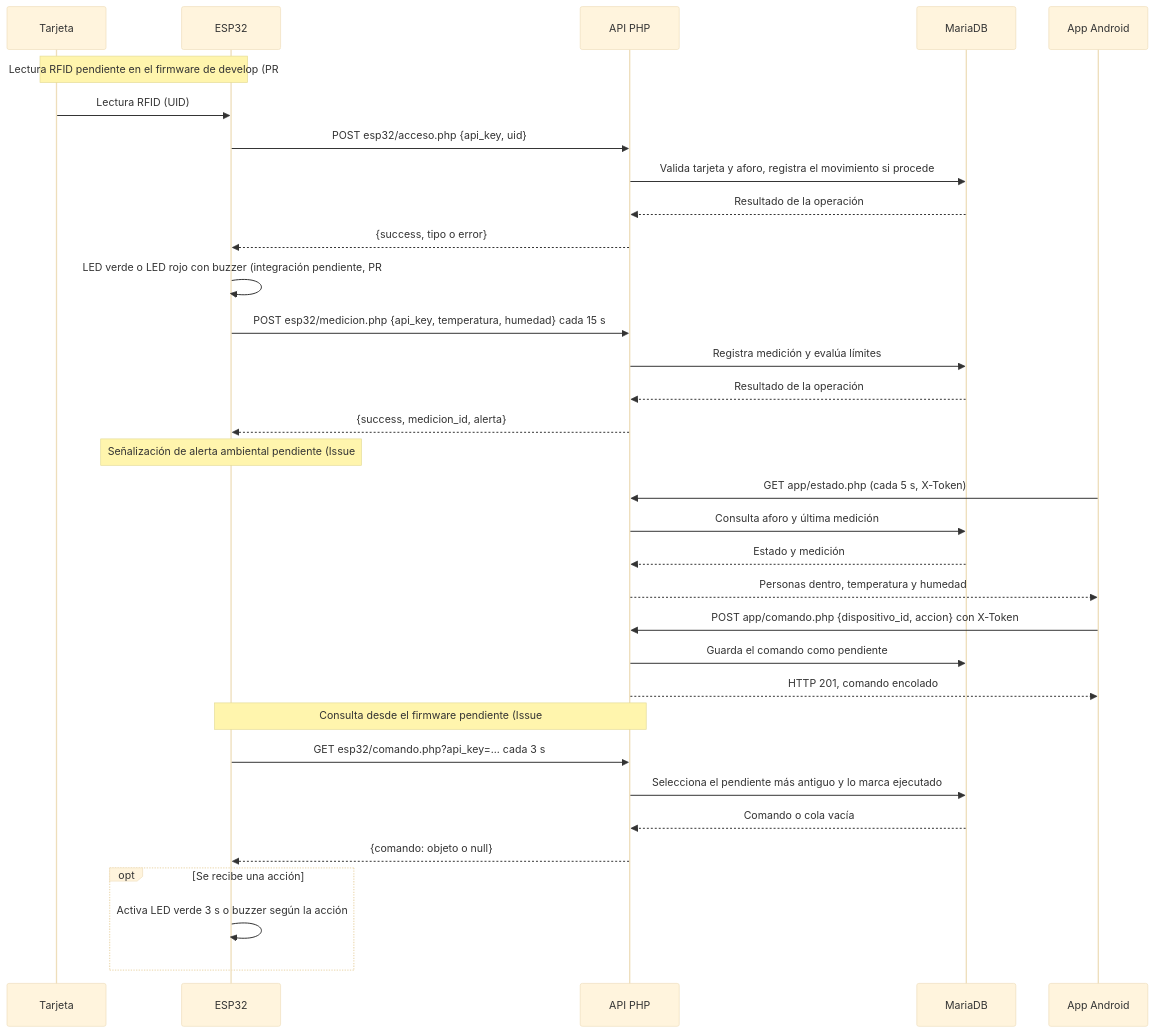
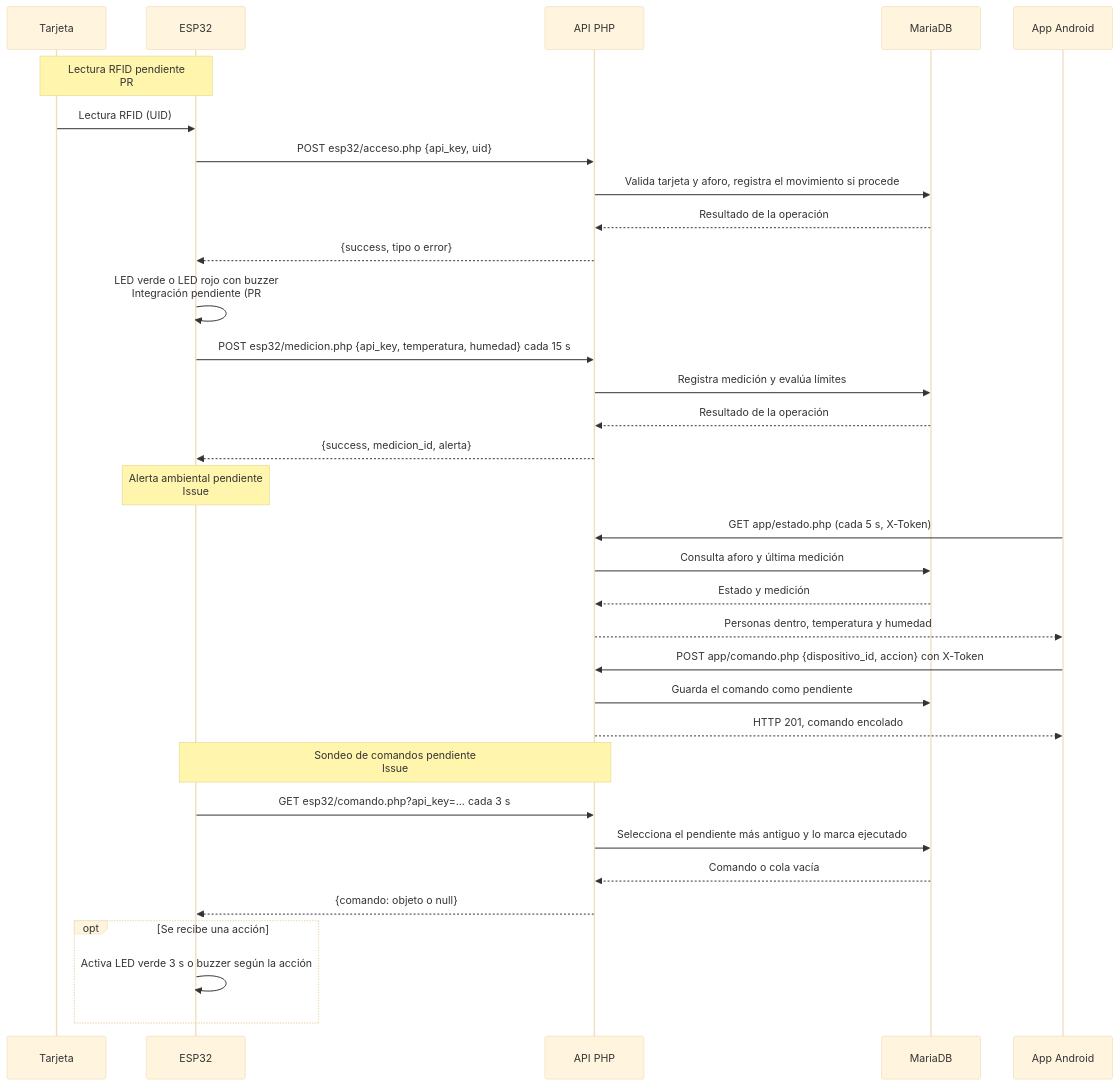
The diagram in docs/expediente/05-protocolo-iot.md (OsvaldoVar/aforo-iot), drawn with Mermaid (base theme) before and after one commit.

Commit message:
docs(iot): ajustar etiquetas del diagrama de secuencia

````diff
--- a/docs/expediente/05-protocolo-iot.md
+++ b/docs/expediente/05-protocolo-iot.md
@@ -98,39 +98,39 @@
 ```mermaid
 sequenceDiagram
     participant T as Tarjeta
     participant E as ESP32
     participant A as API PHP
     participant B as MariaDB
     participant M as App Android
 
-    Note over T,E: Lectura RFID pendiente en el firmware de develop (PR #74)
+    Note over T,E: Lectura RFID pendiente<br/>PR #74
     T->>E: Lectura RFID (UID)
     E->>A: POST esp32/acceso.php {api_key, uid}
     A->>B: Valida tarjeta y aforo, registra el movimiento si procede
     B-->>A: Resultado de la operación
     A-->>E: {success, tipo o error}
-    E->>E: LED verde o LED rojo con buzzer (integración pendiente, PR #73)
+    E->>E: LED verde o LED rojo con buzzer<br/>Integración pendiente (PR #73)
 
     E->>A: POST esp32/medicion.php {api_key, temperatura, humedad} cada 15 s
     A->>B: Registra medición y evalúa límites
     B-->>A: Resultado de la operación
     A-->>E: {success, medicion_id, alerta}
-    Note over E: Señalización de alerta ambiental pendiente (Issue #79)
+    Note over E: Alerta ambiental pendiente<br/>Issue #79
 
     M->>A: GET app/estado.php (cada 5 s, X-Token)
     A->>B: Consulta aforo y última medición
     B-->>A: Estado y medición
     A-->>M: Personas dentro, temperatura y humedad
 
     M->>A: POST app/comando.php {dispositivo_id, accion} con X-Token
     A->>B: Guarda el comando como pendiente
     A-->>M: HTTP 201, comando encolado
-    Note over E,A: Consulta desde el firmware pendiente (Issue #78)
+    Note over E,A: Sondeo de comandos pendiente<br/>Issue #78
     E->>A: GET esp32/comando.php?api_key=... cada 3 s
     A->>B: Selecciona el pendiente más antiguo y lo marca ejecutado
     B-->>A: Comando o cola vacía
     A-->>E: {comando: objeto o null}
     opt Se recibe una acción
         E->>E: Activa LED verde 3 s o buzzer según la acción
     end
 ```
````
